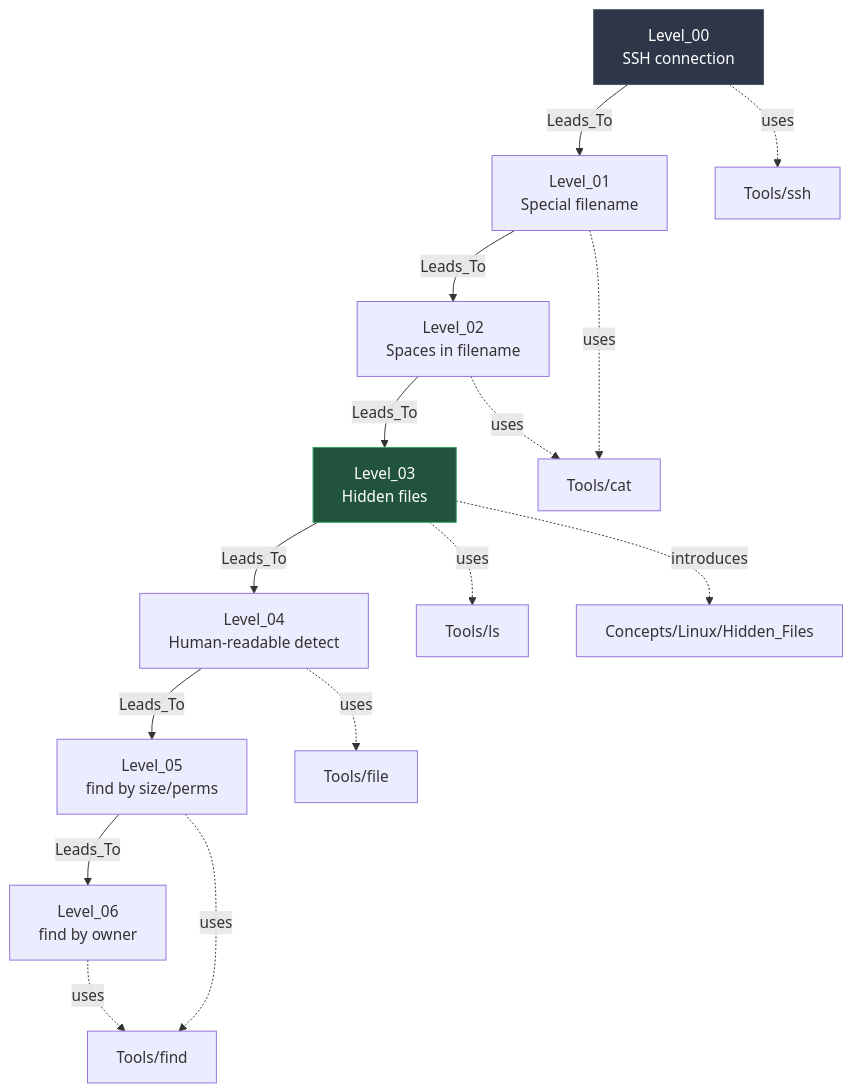
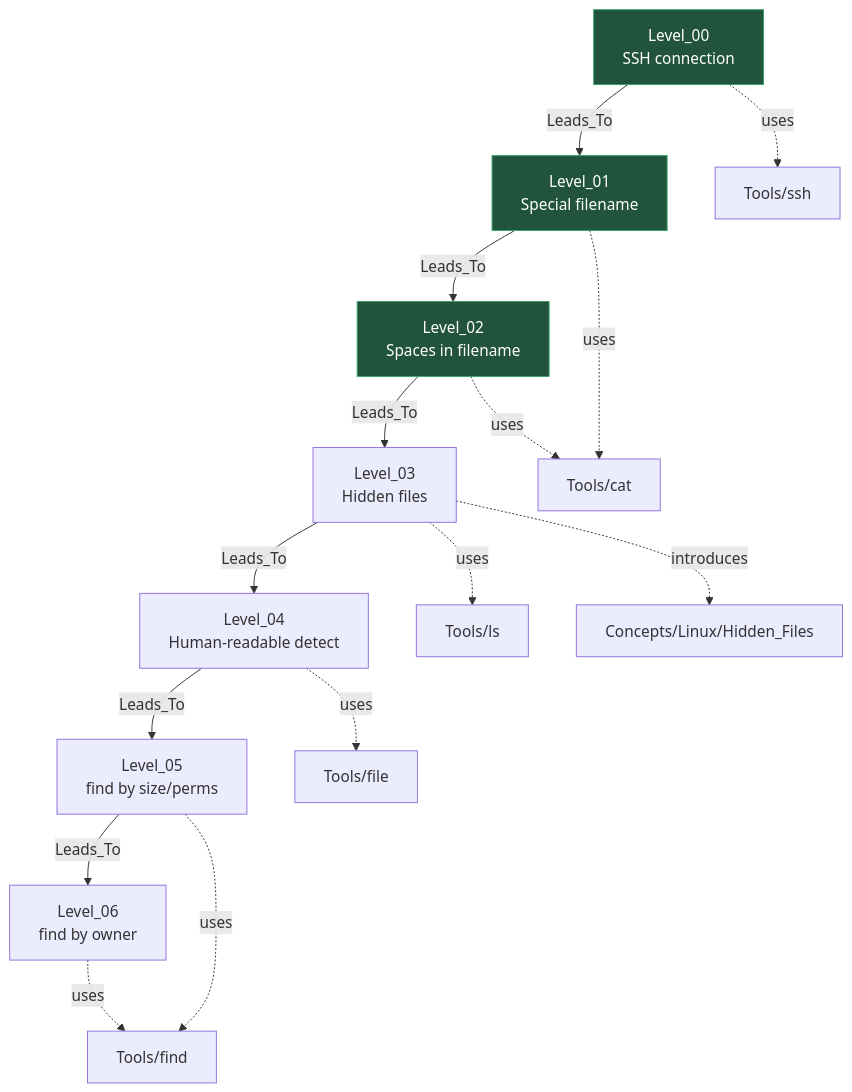
Before and after one commit to JunyoungCho07/security-writeups: the diagram in _MOC/MOC_Bandit.md, drawn with Mermaid. The commit also changed other lines of this file and 5 other files, not shown here.

````diff
--- a/_MOC/MOC_Bandit.md
+++ b/_MOC/MOC_Bandit.md
@@ -15,37 +15,38 @@
 ```mermaid
 graph TD
     L00[Level_00<br/>SSH connection]
     L01[Level_01<br/>Special filename]
     L02[Level_02<br/>Spaces in filename]
     L03[Level_03<br/>Hidden files]
     L04[Level_04<br/>Human-readable detect]
     L05[Level_05<br/>find by size/perms]
     L06[Level_06<br/>find by owner]
 
     L00 -->|Leads_To| L01
     L01 -->|Leads_To| L02
     L02 -->|Leads_To| L03
     L03 -->|Leads_To| L04
     L04 -->|Leads_To| L05
     L05 -->|Leads_To| L06
 
     L00 -.->|uses| T_SSH[Tools/ssh]
     L01 -.->|uses| T_CAT[Tools/cat]
     L02 -.->|uses| T_CAT
     L03 -.->|uses| T_LS[Tools/ls]
     L03 -.->|introduces| C_HIDDEN[Concepts/Linux/Hidden_Files]
     L04 -.->|uses| T_FILE[Tools/file]
     L05 -.->|uses| T_FIND[Tools/find]
     L06 -.->|uses| T_FIND
 
     click L00 "Wargames/Bandit/Level_00.md"
     click L01 "Wargames/Bandit/Level_01.md"
     click L02 "Wargames/Bandit/Level_02.md"
     click L03 "Wargames/Bandit/Level_03.md"
     click L04 "Wargames/Bandit/Level_04.md"
     click L05 "Wargames/Bandit/Level_05.md"
     click L06 "Wargames/Bandit/Level_06.md"
 
-    style L00 fill:#2d3748,stroke:#4a5568,color:#fff
-    style L03 fill:#22543d,stroke:#38a169,color:#fff
+    style L00 fill:#22543d,stroke:#38a169,color:#fff
+    style L01 fill:#22543d,stroke:#38a169,color:#fff
+    style L02 fill:#22543d,stroke:#38a169,color:#fff
 ```
````
